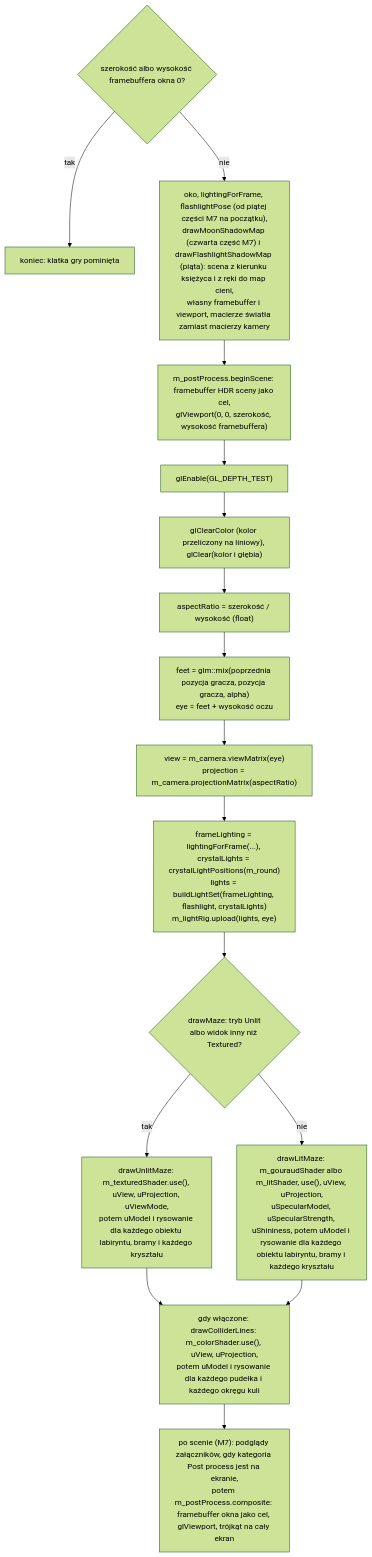
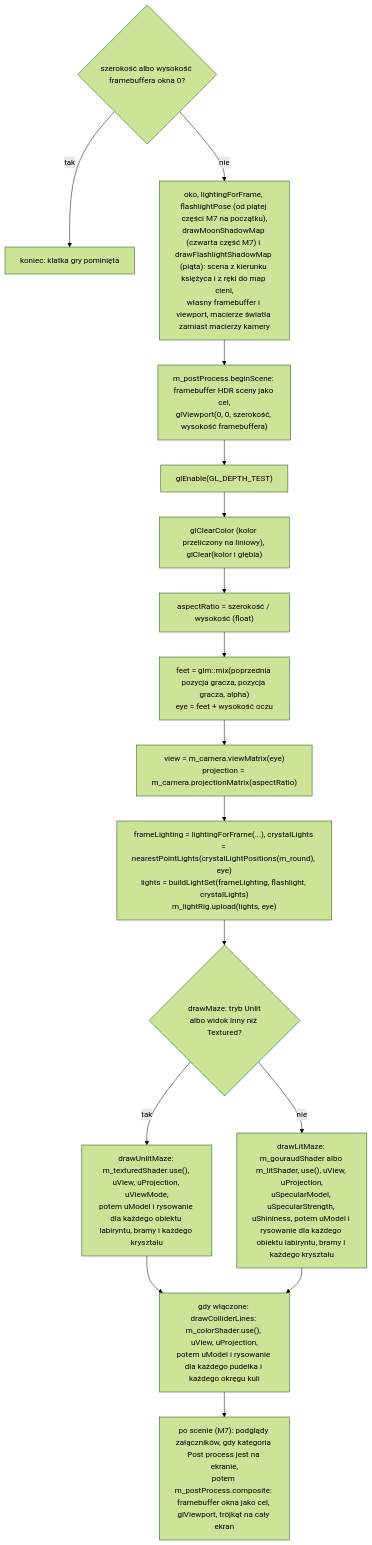
One commit to Shironex/night-maze changed the diagram in docs/modules/scene/camera.md. Above: the diagram before and after it, drawn with Mermaid (forest theme). The commit also changed other lines of this file and 34 other files, not shown here.

Commit message:
docs(game): describe the menu screens, the difficulty levels, the settings file and the nearest crystal lights

````diff
--- a/docs/modules/scene/camera.md
+++ b/docs/modules/scene/camera.md
@@ -255,19 +255,19 @@
 ```mermaid
 flowchart TD
     D{"szerokość albo wysokość framebuffera okna 0?"}
     D -- tak --> End["koniec: klatka gry pominięta"]
     D -- nie --> SH["oko, lightingForFrame, flashlightPose (od piątej części M7 na początku),<br/>drawMoonShadowMap (czwarta część M7) i drawFlashlightShadowMap (piąta): scena z kierunku księżyca i z ręki do map cieni,<br/>własny framebuffer i viewport, macierze światła zamiast macierzy kamery"]
     SH --> A["m_postProcess.beginScene: framebuffer HDR sceny jako cel,<br/>glViewport(0, 0, szerokość, wysokość framebuffera)"]
     A --> B["glEnable(GL_DEPTH_TEST)"]
     B --> C["glClearColor (kolor przeliczony na liniowy), glClear(kolor i głębia)"]
     C --> E["aspectRatio = szerokość / wysokość (float)"]
     E --> X["feet = glm::mix(poprzednia pozycja gracza, pozycja gracza, alpha)<br/>eye = feet + wysokość oczu"]
     X --> V["view = m_camera.viewMatrix(eye)<br/>projection = m_camera.projectionMatrix(aspectRatio)"]
-    V --> LS["frameLighting = lightingForFrame(...), crystalLights = crystalLightPositions(m_round)<br/>lights = buildLightSet(frameLighting, flashlight, crystalLights)<br/>m_lightRig.upload(lights, eye)"]
+    V --> LS["frameLighting = lightingForFrame(...), crystalLights = nearestPointLights(crystalLightPositions(m_round), eye)<br/>lights = buildLightSet(frameLighting, flashlight, crystalLights)<br/>m_lightRig.upload(lights, eye)"]
     LS --> M{"drawMaze: tryb Unlit<br/>albo widok inny niż Textured?"}
     M -- tak --> MU["drawUnlitMaze: m_texturedShader.use(), uView, uProjection, uViewMode,<br/>potem uModel i rysowanie dla każdego obiektu labiryntu, bramy i każdego kryształu"]
     M -- nie --> ML["drawLitMaze: m_gouraudShader albo m_litShader, use(), uView, uProjection,<br/>uSpecularModel, uSpecularStrength, uShininess, potem uModel i rysowanie dla każdego obiektu labiryntu, bramy i każdego kryształu"]
     MU --> L["gdy włączone: drawColliderLines: m_colorShader.use(), uView, uProjection,<br/>potem uModel i rysowanie dla każdego pudełka i każdego okręgu kuli"]
     ML --> L
     L --> P["po scenie (M7): podglądy załączników, gdy kategoria Post process jest na ekranie,<br/>potem m_postProcess.composite: framebuffer okna jako cel, glViewport, trójkąt na cały ekran"]
 ```
````
